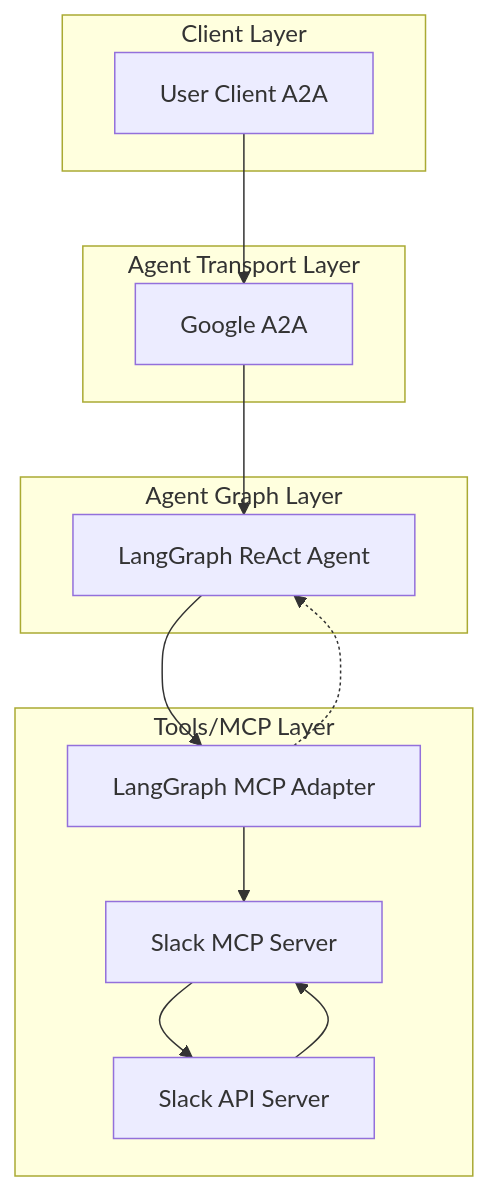
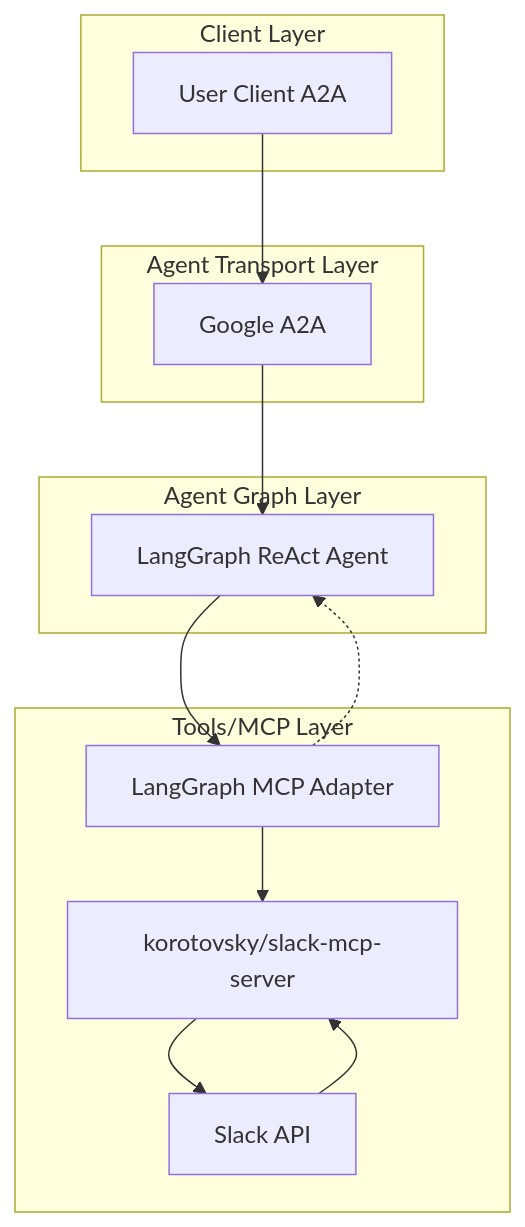
Before and after one commit to cnoe-io/ai-platform-engineering: the diagram in ai_platform_engineering/agents/slack/README.md, drawn with Mermaid. The commit also changed other lines of this file and 34 other files, not shown here.

First line of the commit message:
feat(slack): replace custom MCP with korotovsky/slack-mcp-server v1.2.3 (#1036)

````diff
--- a/ai_platform_engineering/agents/slack/README.md
+++ b/ai_platform_engineering/agents/slack/README.md
@@ -33,25 +33,25 @@
 ```mermaid
 flowchart TD
   subgraph Client Layer
     A[User Client A2A]
   end
 
   subgraph Agent Transport Layer
     B[Google A2A]
   end
 
   subgraph Agent Graph Layer
     C[LangGraph ReAct Agent]
   end
 
   subgraph Tools/MCP Layer
     D[LangGraph MCP Adapter]
-    E[Slack MCP Server]
-    F[Slack API Server]
+    E[korotovsky/slack-mcp-server]
+    F[Slack API]
   end
 
   A --> B --> C
   C --> D
   D -.-> C
   D --> E --> F --> E
 ```
````
